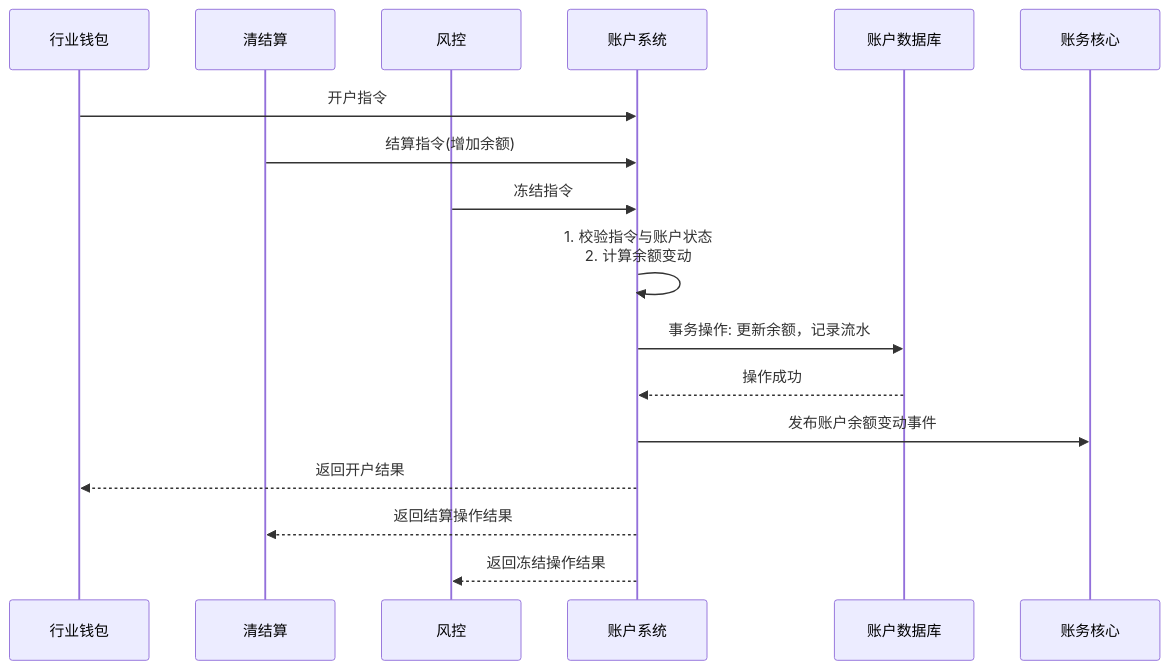
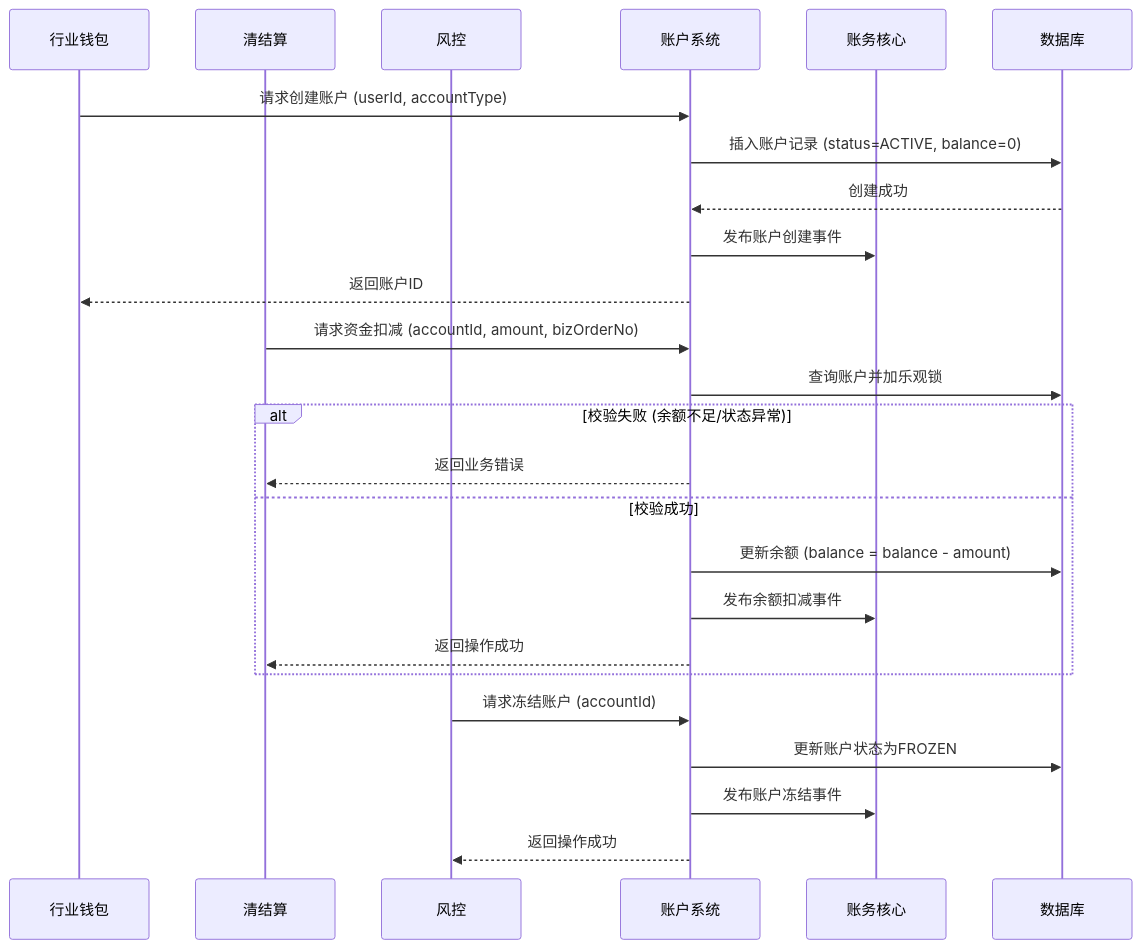
One commit to youzi211/AiCoding changed the diagram in data/天财分账需求/gpt-5.2/workspace/02_modules/module_账户系统.md. Above: the diagram before and after it, drawn with Mermaid. The commit also changed other lines of this file and 41 other files, not shown here.

````diff
--- a/data/天财分账需求/gpt-5.2/workspace/02_modules/module_账户系统.md
+++ b/data/天财分账需求/gpt-5.2/workspace/02_modules/module_账户系统.md
@@ -55,21 +60,30 @@
 ```mermaid
 sequenceDiagram
     participant 行业钱包 as 行业钱包
     participant 清结算 as 清结算
     participant 风控 as 风控
     participant 账户系统 as 账户系统
-    participant 账户DB as 账户数据库
     participant 账务核心 as 账务核心
+    participant DB as 数据库
 
-    行业钱包->>账户系统: 开户指令
-    清结算->>账户系统: 结算指令(增加余额)
-    风控->>账户系统: 冻结指令
+    行业钱包->>账户系统: 请求创建账户 (userId, accountType)
+    账户系统->>DB: 插入账户记录 (status=ACTIVE, balance=0)
+    DB-->>账户系统: 创建成功
+    账户系统->>账务核心: 发布账户创建事件
+    账户系统-->>行业钱包: 返回账户ID
 
-    账户系统->>账户系统: 1. 校验指令与账户状态<br>2. 计算余额变动
-    账户系统->>账户DB: 事务操作: 更新余额，记录流水
-    账户DB-->>账户系统: 操作成功
-    账户系统->>账务核心: 发布账户余额变动事件
-    账户系统-->>行业钱包: 返回开户结果
-    账户系统-->>清结算: 返回结算操作结果
-    账户系统-->>风控: 返回冻结操作结果
+    清结算->>账户系统: 请求资金扣减 (accountId, amount, bizOrderNo)
+    账户系统->>DB: 查询账户并加乐观锁
+    alt 校验失败 (余额不足/状态异常)
+        账户系统-->>清结算: 返回业务错误
+    else 校验成功
+        账户系统->>DB: 更新余额 (balance = balance - amount)
+        账户系统->>账务核心: 发布余额扣减事件
+        账户系统-->>清结算: 返回操作成功
+    end
+
+    风控->>账户系统: 请求冻结账户 (accountId)
+    账户系统->>DB: 更新账户状态为FROZEN
+    账户系统->>账务核心: 发布账户冻结事件
+    账户系统-->>风控: 返回操作成功
 ```
````
